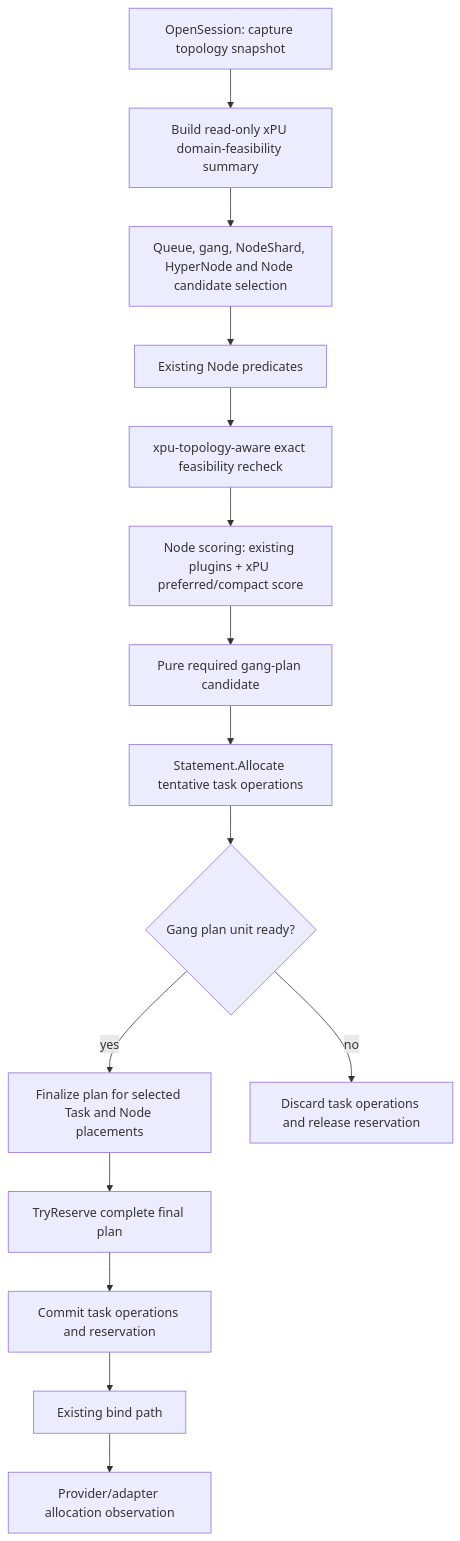
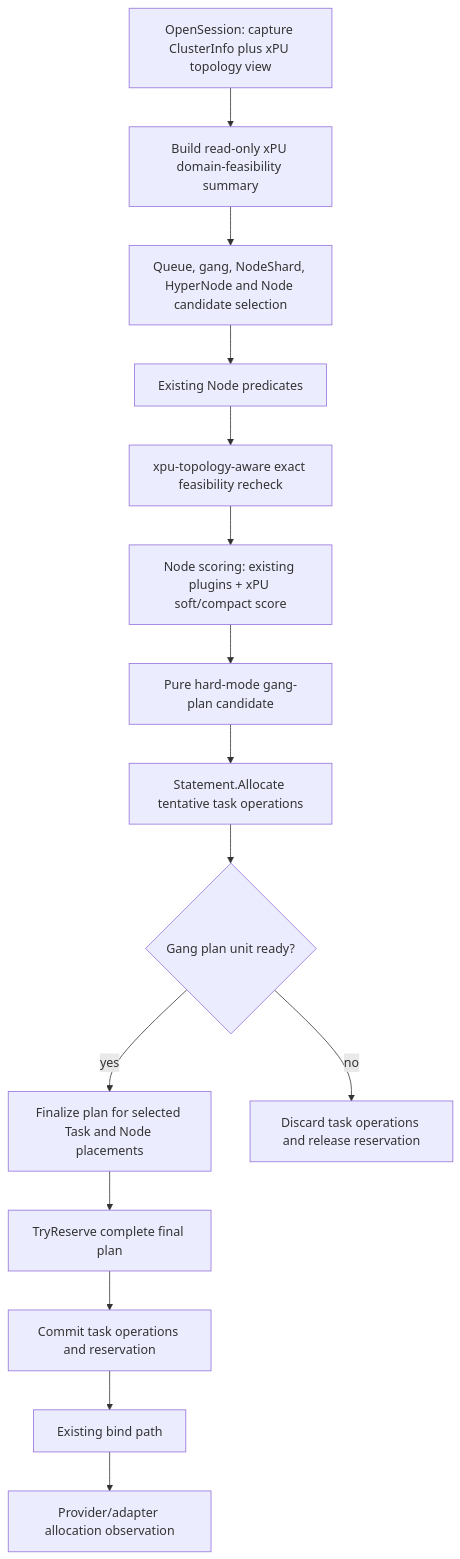
One commit to volcano-sh/volcano changed the fifth of 7 diagrams in docs/design/generic-xpu-topology-aware-scheduling.md. Above: the diagram before and after it, drawn with Mermaid. The commit also changed other lines of this file, not shown here.

Commit message:
docs: refine generic xpu topology-aware scheduling design Align the topology view with SchedulerCache snapshots, clarify provider and canonical identity contracts, define policy lifecycle and failure reporting, and refine compact allocation behavior.

````diff
--- a/docs/design/generic-xpu-topology-aware-scheduling.md
+++ b/docs/design/generic-xpu-topology-aware-scheduling.md
@@ -827,22 +960,22 @@
 ```mermaid
 flowchart TB
-    SO[OpenSession: capture topology snapshot]
+    SO[OpenSession: capture ClusterInfo plus xPU topology view]
     DS[Build read-only xPU domain-feasibility summary]
     Q[Queue, gang, NodeShard, HyperNode and Node candidate selection]
     P[Existing Node predicates]
     XPF[xpu-topology-aware exact feasibility recheck]
-    S[Node scoring: existing plugins + xPU preferred/compact score]
-    GP[Pure required gang-plan candidate]
+    S[Node scoring: existing plugins + xPU soft/compact score]
+    GP[Pure hard-mode gang-plan candidate]
     ST[Statement.Allocate tentative task operations]
     C{Gang plan unit ready?}
     FP[Finalize plan for selected Task and Node placements]
     R[TryReserve complete final plan]
     COMMIT[Commit task operations and reservation]
     DISCARD[Discard task operations and release reservation]
     B[Existing bind path]
     OBS[Provider/adapter allocation observation]
 
     SO --> DS --> Q --> P --> XPF --> S --> GP --> ST --> C
     C -->|yes| FP --> R --> COMMIT --> B --> OBS
     C -->|no| DISCARD
 ```
````
